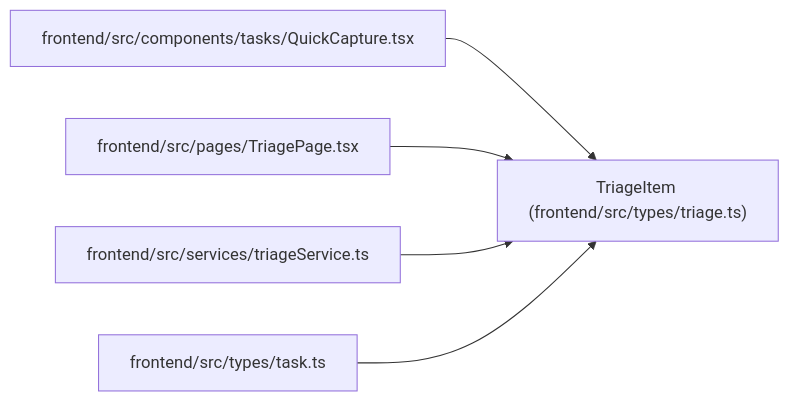
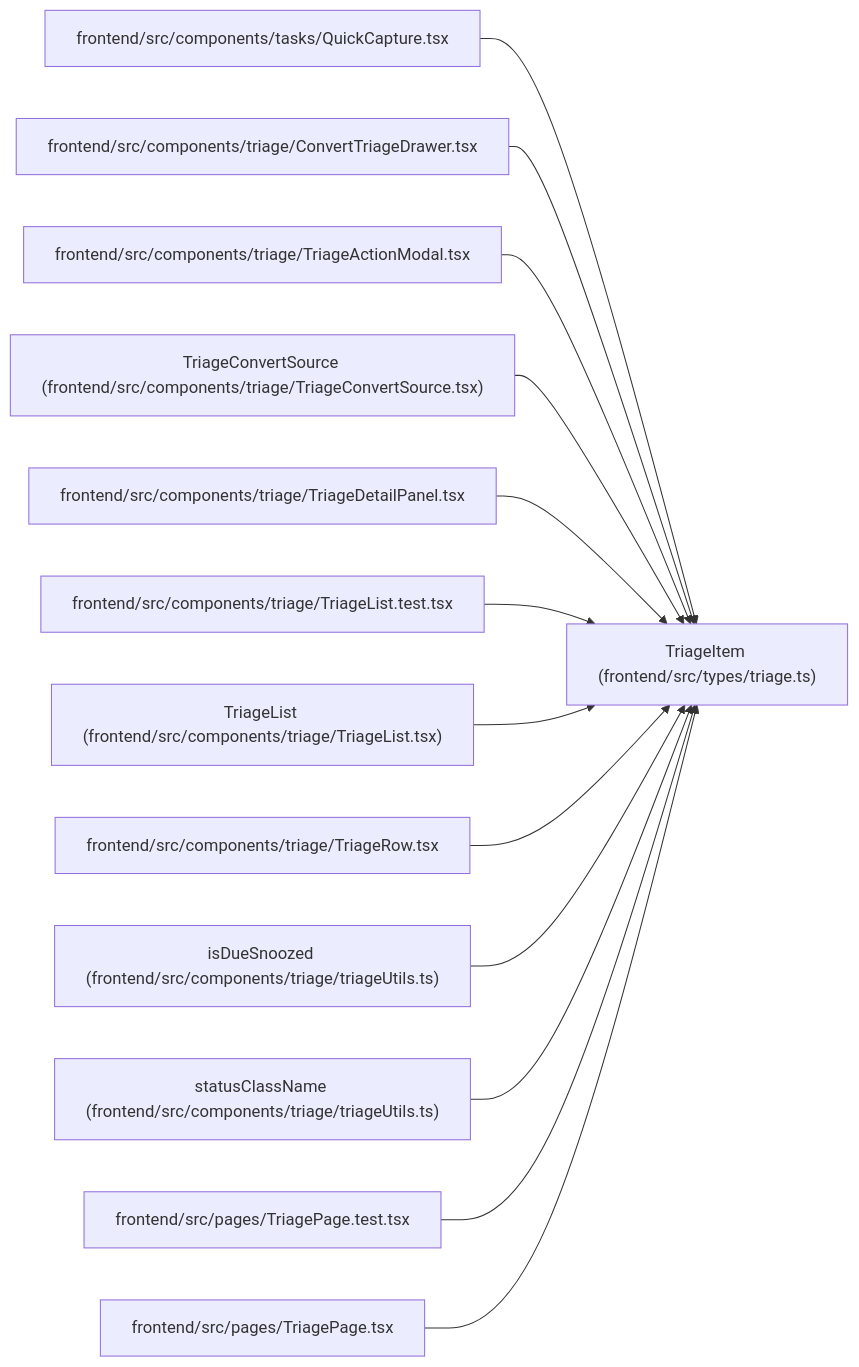
One commit to Denissvgn/WorkChord changed the diagram in docs/llm_wiki/entities/types_triage_TriageItem.md. Above: the diagram before and after it, drawn with Mermaid. The commit also changed other lines of this file and 2373 other files, not shown here.

````diff
--- a/docs/llm_wiki/entities/types_triage_TriageItem.md
+++ b/docs/llm_wiki/entities/types_triage_TriageItem.md
@@ -45,17 +45,41 @@
 ```mermaid
 flowchart LR
     n0["TriageItem (frontend/src/types/triage.ts)"]
     n1["frontend/src/components/tasks/QuickCapture.tsx"]
-    n2["frontend/src/pages/TriagePage.tsx"]
-    n3["frontend/src/services/triageService.ts"]
-    n4["frontend/src/types/task.ts"]
+    n2["frontend/src/components/triage/ConvertTriageDrawer.tsx"]
+    n3["frontend/src/components/triage/TriageActionModal.tsx"]
+    n4["TriageConvertSource (frontend/src/components/triage/TriageConvertSource.tsx)"]
+    n5["frontend/src/components/triage/TriageDetailPanel.tsx"]
+    n6["frontend/src/components/triage/TriageList.test.tsx"]
+    n7["TriageList (frontend/src/components/triage/TriageList.tsx)"]
+    n8["frontend/src/components/triage/TriageRow.tsx"]
+    n9["isDueSnoozed (frontend/src/components/triage/triageUtils.ts)"]
+    n10["statusClassName (frontend/src/components/triage/triageUtils.ts)"]
+    n11["frontend/src/pages/TriagePage.test.tsx"]
+    n12["frontend/src/pages/TriagePage.tsx"]
     n1 --> n0
     n2 --> n0
     n3 --> n0
     n4 --> n0
+    n5 --> n0
+    n6 --> n0
+    n7 --> n0
+    n8 --> n0
+    n9 --> n0
+    n10 --> n0
+    n11 --> n0
+    n12 --> n0
     click n0 "../modules/types_triage.md"
     click n1 "../modules/QuickCapture.md"
-    click n2 "../modules/TriagePage.md"
-    click n3 "../modules/triageService.md"
-    click n4 "../modules/types_task.md"
+    click n2 "../modules/ConvertTriageDrawer.md"
+    click n3 "../modules/TriageActionModal.md"
+    click n4 "../modules/TriageConvertSource.md"
+    click n5 "../modules/TriageDetailPanel.md"
+    click n6 "../modules/TriageList.test.md"
+    click n7 "../modules/TriageList.md"
+    click n8 "../modules/TriageRow.md"
+    click n9 "../modules/triageUtils.md"
+    click n10 "../modules/triageUtils.md"
+    click n11 "../modules/TriagePage.test.md"
+    click n12 "../modules/TriagePage.md"
 ```
````
